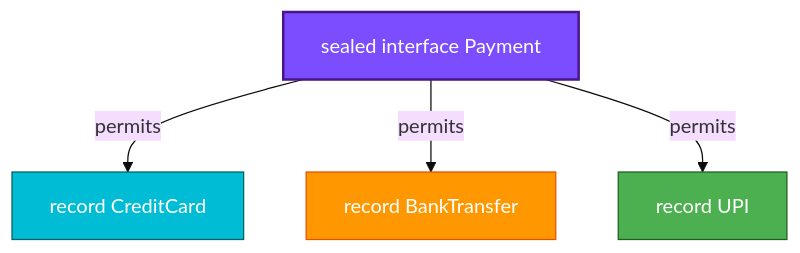
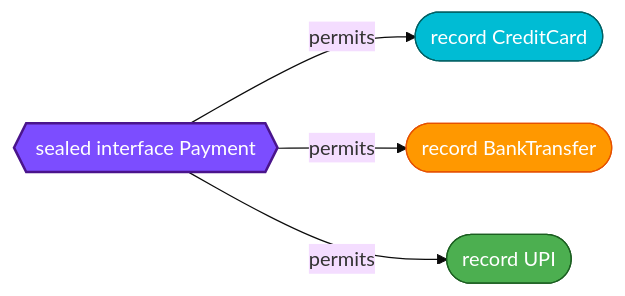
Before and after one commit to saivamsikaruturi/vamsilabs-dev-notes-main: the second of 6 diagrams in docs/java/ModernJava.md, drawn with Mermaid (base theme). The commit also changed other lines of this file and 146 other files, not shown here.

Commit message:
Horizontal diagrams, UML class diagrams, typography overhaul, and permalink cleanup

````diff
--- a/docs/java/ModernJava.md
+++ b/docs/java/ModernJava.md
@@ -131,12 +131,12 @@
 ```mermaid
-graph TD
-    Payment["sealed interface Payment"]
-    Payment -->|permits| CC["record CreditCard"]
-    Payment -->|permits| BT["record BankTransfer"]
-    Payment -->|permits| UPI["record UPI"]
+flowchart LR
+    Payment{{"sealed interface Payment"}}
+    Payment -->|permits| CC(["record CreditCard"])
+    Payment -->|permits| BT(["record BankTransfer"])
+    Payment -->|permits| UPI(["record UPI"])
 
     style Payment fill:#7C4DFF,color:#fff,stroke:#4A148C,stroke-width:2px
     style CC fill:#00BCD4,color:#fff,stroke:#006064
     style BT fill:#FF9800,color:#fff,stroke:#E65100
     style UPI fill:#4CAF50,color:#fff,stroke:#1B5E20
 ```
````
